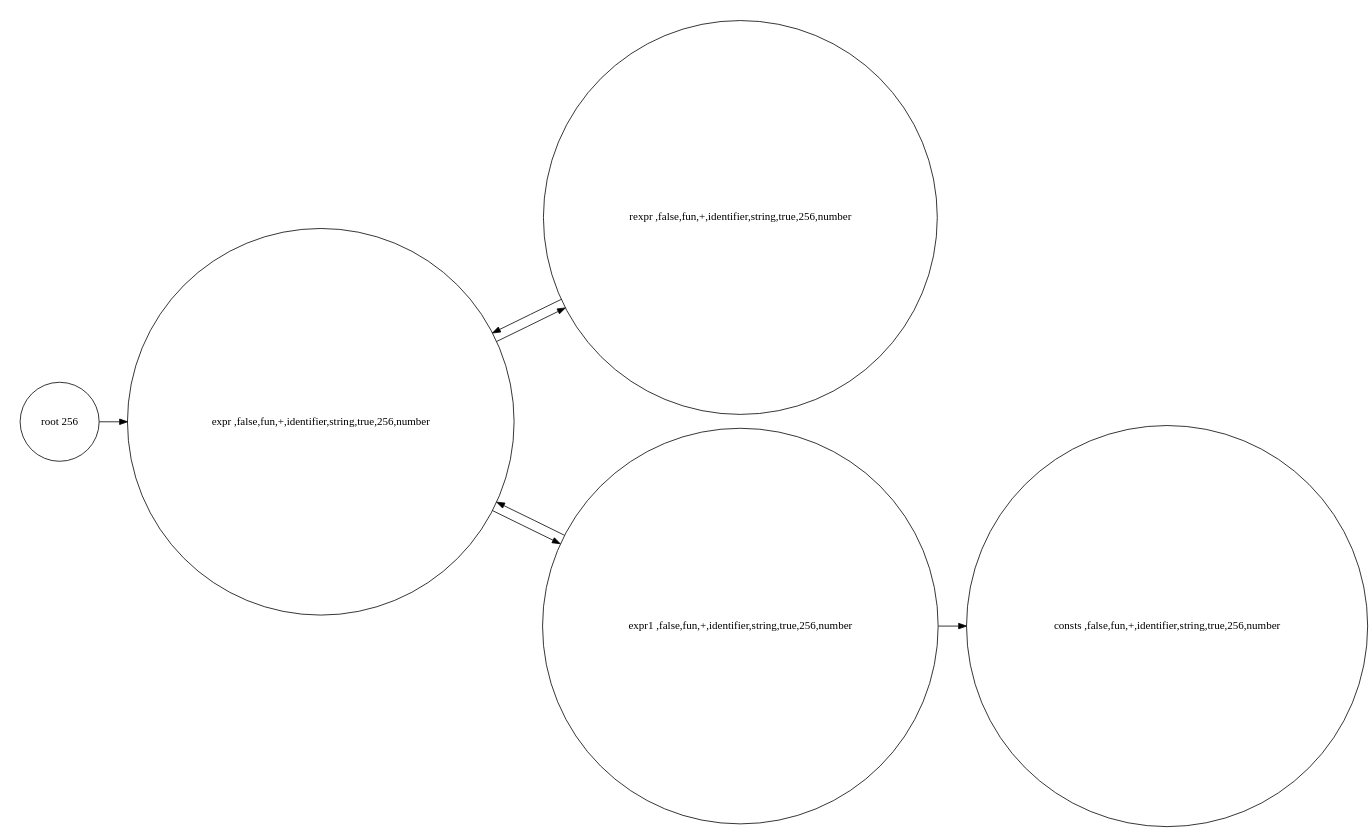
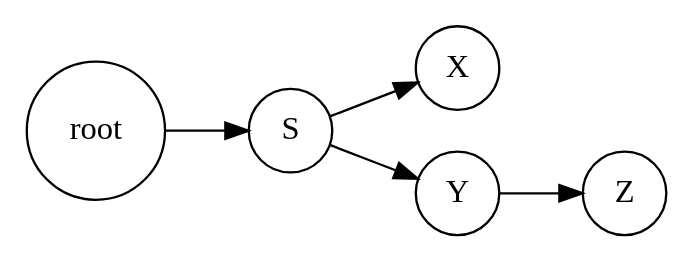
The diagram in testing/test.dot (leegao/LuaInLua), drawn with Graphviz before and after one commit. The commit also changed 1 other file, not shown here.

Commit message:
added single variable use dependency graph

```diff
--- a/testing/test.dot
+++ b/testing/test.dot
@@ -1,16 +1,14 @@
 digraph {
   rankdir=LR;
   size="8,5"
   node[shape=circle,label=""];
-  root[label="root 256"];
-  rexpr[label="rexpr ,false,fun,+,identifier,string,true,256,number"];
-  consts[label="consts ,false,fun,+,identifier,string,true,256,number"];
-  expr1[label="expr1 ,false,fun,+,identifier,string,true,256,number"];
-  expr[label="expr ,false,fun,+,identifier,string,true,256,number"];
-    root -> expr[label=""];
-    rexpr -> expr[label=""];
-    expr1 -> consts[label=""];
-    expr1 -> expr[label=""];
-    expr -> rexpr[label=""];
-    expr -> expr1[label=""];
+  root[label="root"];
+  X[label="X"];
+  S[label="S"];
+  Y[label="Y"];
+  Z[label="Z"];
+  root -> S[label=""];
+  S -> Y[label=""];
+  S -> X[label=""];
+  Y -> Z[label=""];
 }
```
